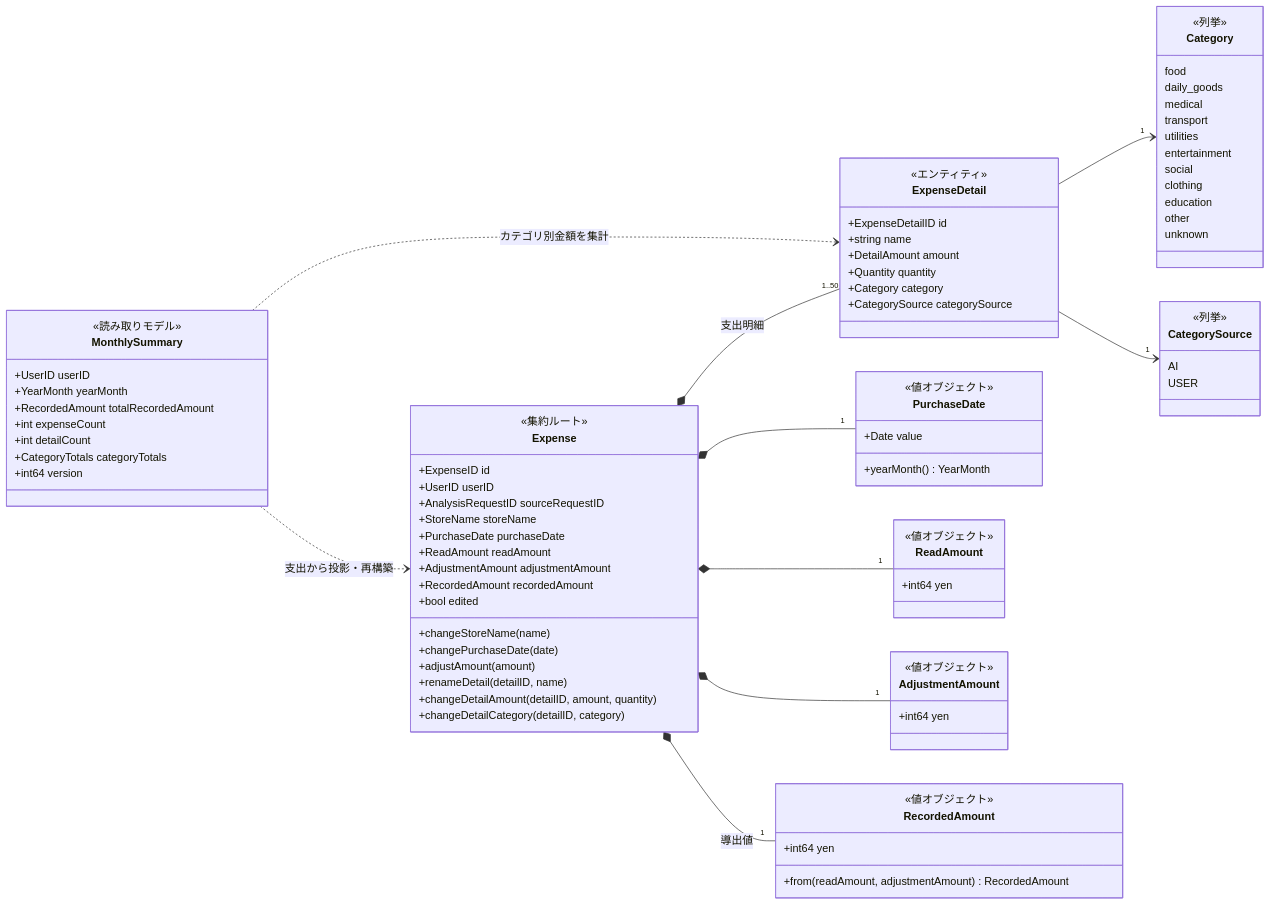
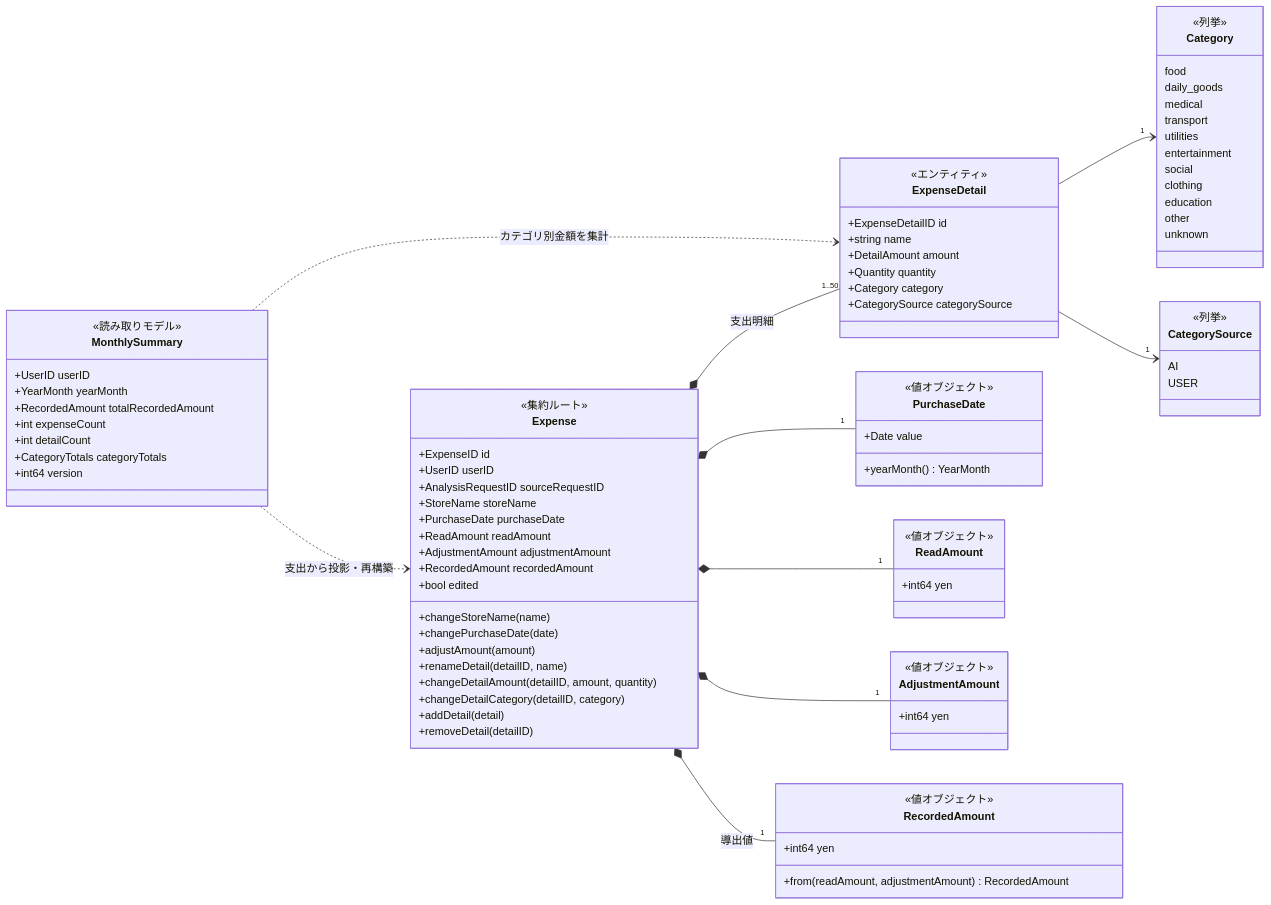
One commit to shrimptails-f/snap_kakeibo changed the third of 4 diagrams in docs/ddd/domain-model-diagram.md. Above: the diagram before and after it, drawn with Mermaid. The commit also changed 12 other files, not shown here.

```diff
--- a/docs/ddd/domain-model-diagram.md
+++ b/docs/ddd/domain-model-diagram.md
@@ -138,6 +138,8 @@
         +renameDetail(detailID, name)
         +changeDetailAmount(detailID, amount, quantity)
         +changeDetailCategory(detailID, category)
+        +addDetail(detail)
+        +removeDetail(detailID)
     }
 
     class ExpenseDetail {
```
